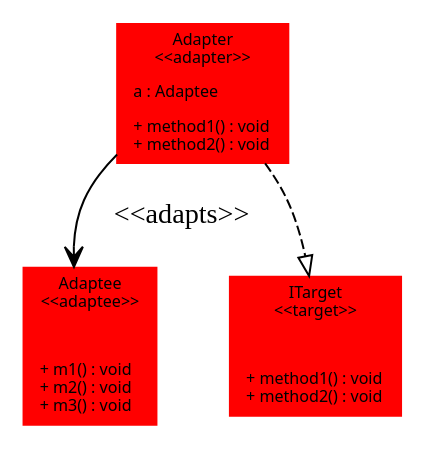
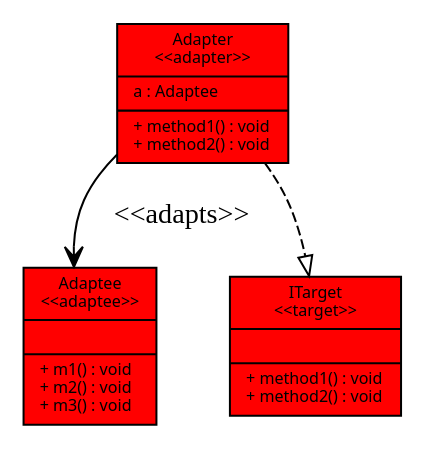
One commit to ctrokid/AsianDomination-CSSE374 changed the diagram in AsianDomination/docs/M5/SimpleAdapterTest.gv. Above: the diagram before and after it, drawn with Graphviz. The commit also changed 1 other file, not shown here.

```diff
--- a/AsianDomination/docs/M5/SimpleAdapterTest.gv
+++ b/AsianDomination/docs/M5/SimpleAdapterTest.gv
@@ -1,23 +1,23 @@
 digraph G {
 node [
 	fontname = "Sans"
 	fontsize = 8
 	shape = "record"
 ]
 
 Adaptee[
-	style = filled, color = red,label = "{Adaptee\n\<\<adaptee\>\>||+ m1() : void\l+ m2() : void\l+ m3() : void\l}"
+	style = filled, fillcolor = red ,label = "{Adaptee\n\<\<adaptee\>\>||+ m1() : void\l+ m2() : void\l+ m3() : void\l}"
 ]
 
 Adapter[
-	style = filled, color = red,label = "{Adapter\n\<\<adapter\>\>| a : Adaptee\l|+ method1() : void\l+ method2() : void\l}"
+	style = filled, fillcolor = red ,label = "{Adapter\n\<\<adapter\>\>| a : Adaptee\l|+ method1() : void\l+ method2() : void\l}"
 ]
 
 ITarget[
-	style = filled, color = red,label = "{ITarget\n\<\<target\>\>||+ method1() : void\l+ method2() : void\l}"
+	style = filled, fillcolor = red ,label = "{ITarget\n\<\<target\>\>||+ method1() : void\l+ method2() : void\l}"
 ]
 
 Adapter -> ITarget[arrowhead = "empty",style = "dashed"];
 Adapter -> Adaptee[arrowhead = "vee",style = "solid", label = "\<\<adapts\>\>"];
 
 }
```
